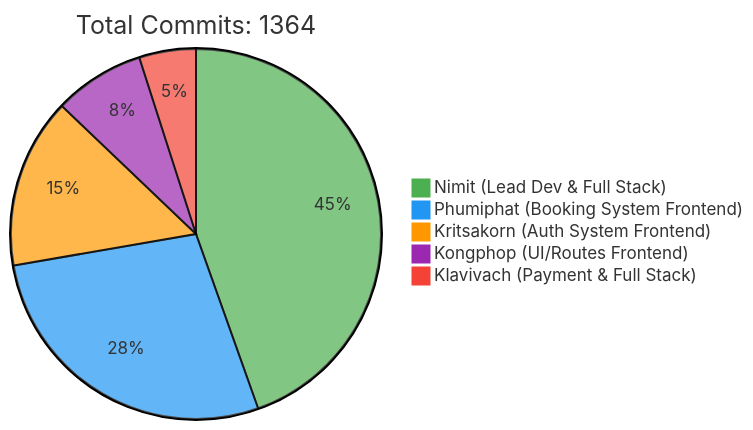
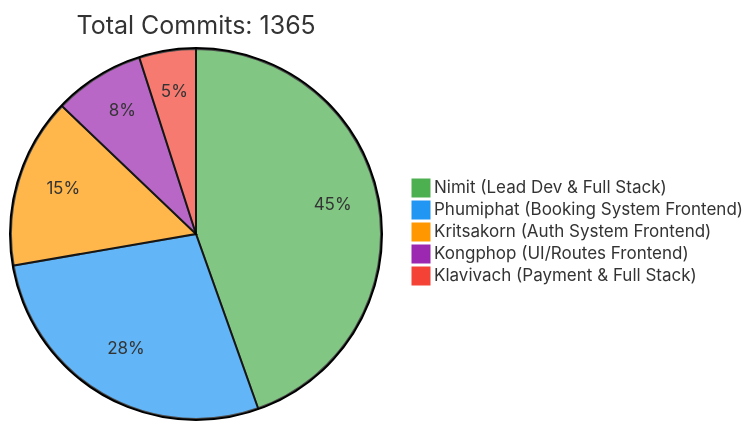
The first of 2 diagrams in README.md (6531503042/Sport-Complex), drawn with Mermaid before and after one commit. The commit also changed other lines of this file, not shown here.

Commit message:
docs: Update contributor statistics [skip ci]

````diff
--- a/README.md
+++ b/README.md
@@ -257,10 +257,10 @@
 ```mermaid
 %%{init: {'theme': 'base', 'themeVariables': { 'pie1': '#4CAF50', 'pie2': '#2196F3', 'pie3': '#FF9800', 'pie4': '#9C27B0', 'pie5': '#F44336'}}}%%
 pie
-    title Total Commits: 1364
+    title Total Commits: 1365
     "Nimit (Lead Dev & Full Stack)" : 450
     "Phumiphat (Booking System Frontend)" : 280
     "Kritsakorn (Auth System Frontend)" : 150
     "Kongphop (UI/Routes Frontend)" : 80
     "Klavivach (Payment & Full Stack)" : 50
 ```
````
